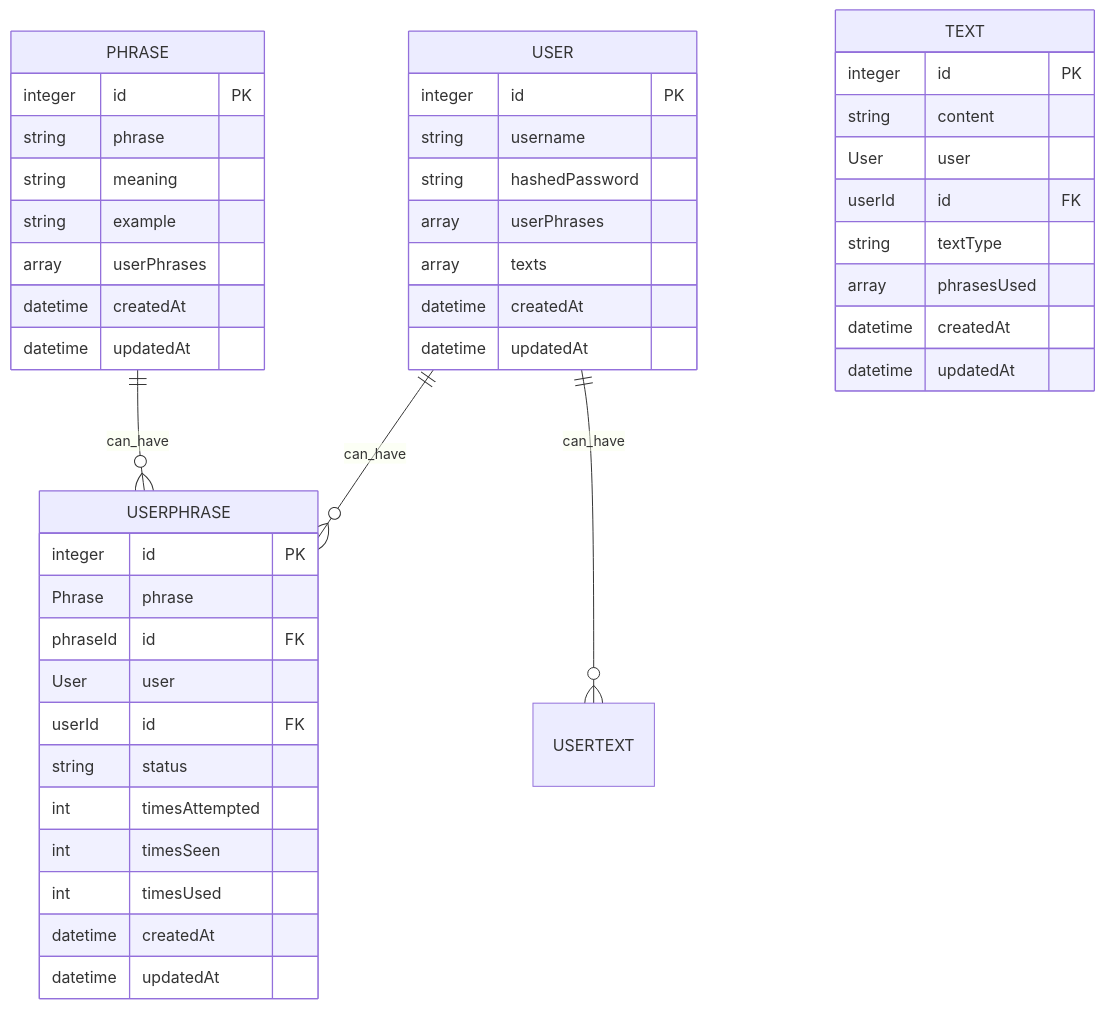
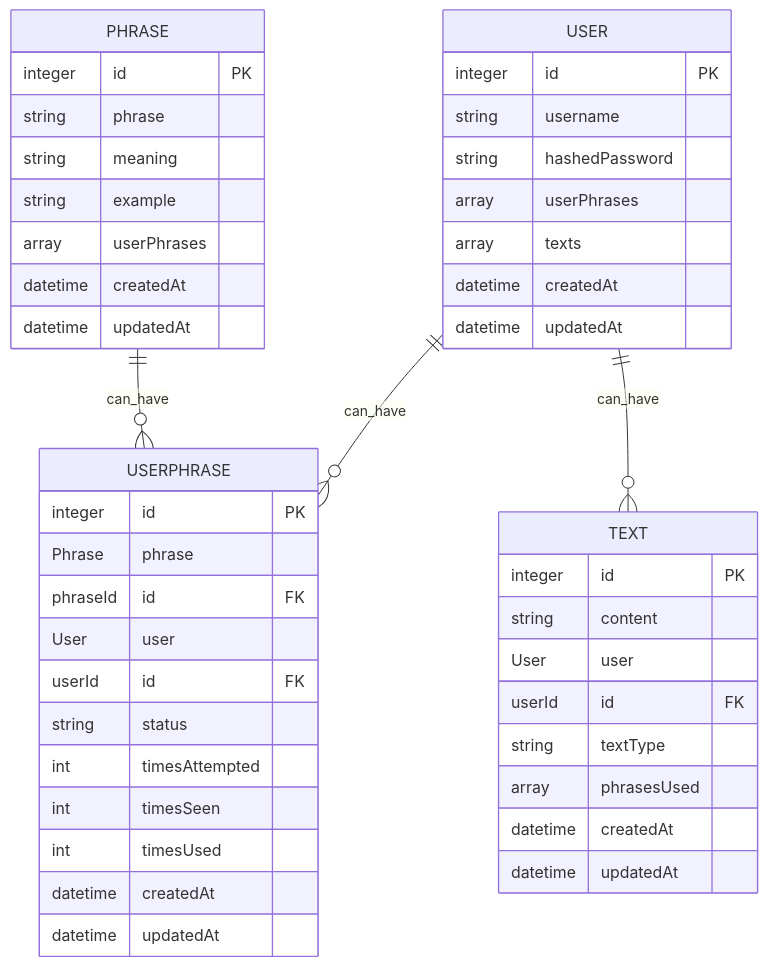
The diagram in docs/erd.md (Chloe070196/phrases-app-API), drawn with Mermaid before and after one commit.

Commit message:
docs: fix consistency error in erd.md

````diff
--- a/docs/erd.md
+++ b/docs/erd.md
@@ -20,51 +20,51 @@
  ```mermaid
 
 erDiagram
 
  PHRASE ||--o{ USERPHRASE : can_have
  USER ||--o{ USERPHRASE : can_have
- USER ||--o{ USERTEXT : can_have
+ USER ||--o{ TEXT : can_have
 
  USER {
     integer         id              PK
     string          username
     string          hashedPassword
     array           userPhrases   
     array           texts
     datetime        createdAt
     datetime        updatedAt 
  }
  PHRASE {
     integer         id              PK
     string          phrase
     string          meaning
     string          example
     array           userPhrases 
     datetime        createdAt
     datetime        updatedAt 
  }
  USERPHRASE {
     integer     id              PK
     Phrase      phrase
     phraseId    id              FK
     User        user            
     userId      id              FK
     string      status
     int         timesAttempted
     int         timesSeen
     int         timesUsed
     datetime    createdAt
     datetime    updatedAt 
  }
  TEXT {
     integer     id              PK
     string      content 
     User        user            
     userId      id              FK   
     string      textType    
     array       phrasesUsed        
     datetime    createdAt
     datetime    updatedAt 
  }
 
  ```
````
